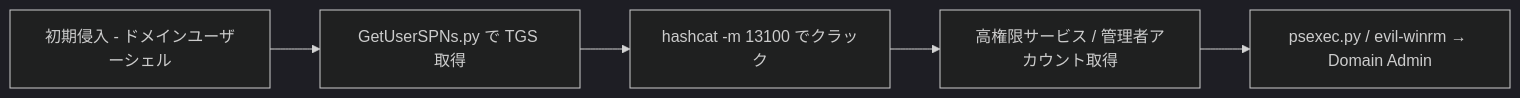
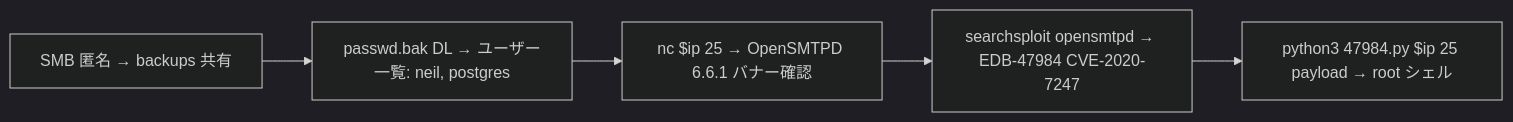
One commit to morimori-dev/morimori-dev.github.io changed the fifth of 7 diagrams in _posts/2026-03-06-tech-windows-privesc-summary-ja.md. Above: the diagram before and after it, drawn with Mermaid (dark theme). The commit also changed other lines of this file and 1 other file, not shown here.

````diff
--- a/_posts/2026-03-06-tech-windows-privesc-summary-ja.md
+++ b/_posts/2026-03-06-tech-windows-privesc-summary-ja.md
@@ -391,7 +188,7 @@
 ```mermaid
 flowchart LR
-    A[初期侵入 - ドメインユーザーシェル] --> B[GetUserSPNs.py で TGS 取得]
-    B --> C[hashcat -m 13100 でクラック]
-    C --> D[高権限サービス / 管理者アカウント取得]
-    D --> E[psexec.py / evil-winrm → Domain Admin]
+    A[SMB 匿名 → backups 共有] --> B[passwd.bak DL → ユーザー一覧: neil, postgres]
+    B --> C[nc $ip 25 → OpenSMTPD 6.6.1 バナー確認]
+    C --> D[searchsploit opensmtpd → EDB-47984 CVE-2020-7247]
+    D --> E[python3 47984.py $ip 25 payload → root シェル]
 ```
````
